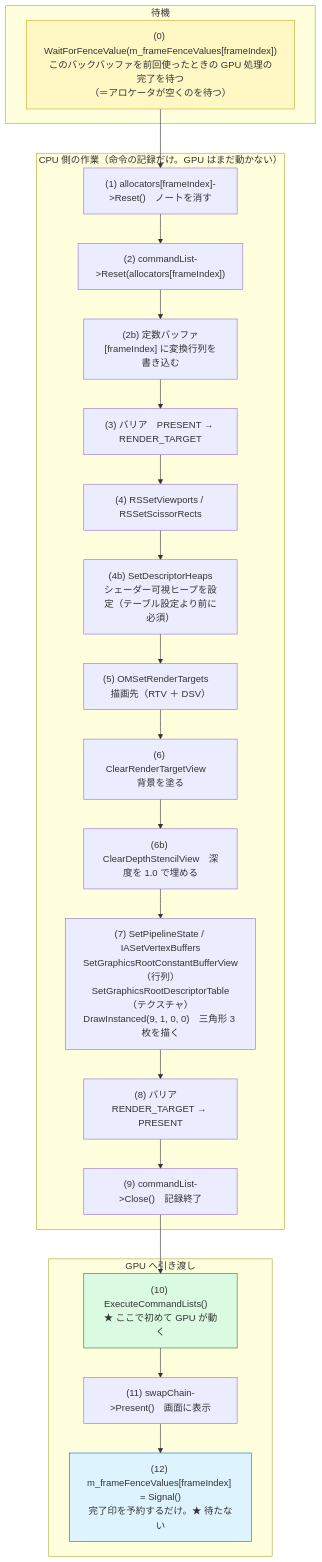
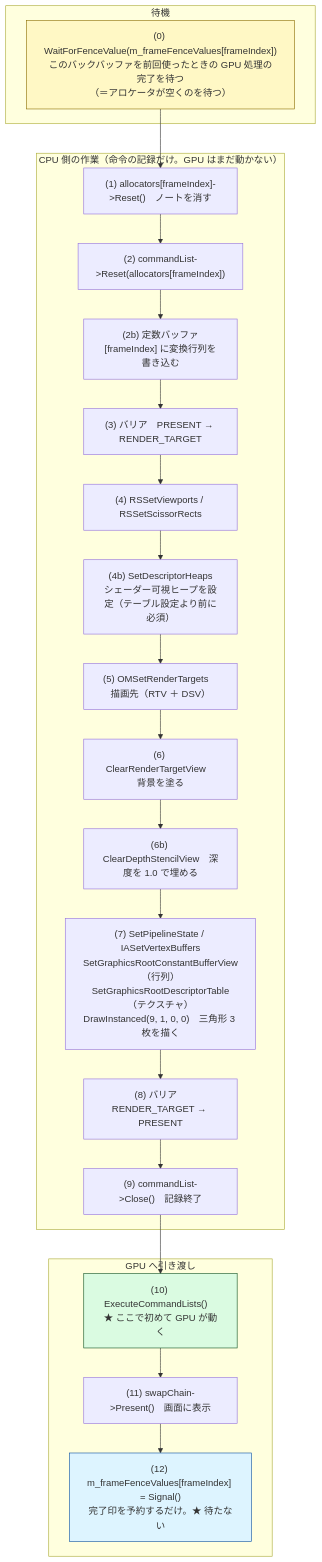
One commit to Tomonorarari-Think/DirectX12Dev changed the third of 4 diagrams in docs/design/描画フロー.md. Above: the diagram before and after it, drawn with Mermaid. The commit also changed other lines of this file and 24 other files, not shown here.

First line of the commit message:
fix: 図の配色を見直し、コントラスト比を 7:1 以上に引き上げる

````diff
--- a/docs/design/描画フロー.md
+++ b/docs/design/描画フロー.md
@@ -106,36 +106,36 @@
 ```mermaid
 flowchart TD
     subgraph WAIT["待機"]
         W0["(0) WaitForFenceValue(m_frameFenceValues[frameIndex])<br/>このバックバッファを前回使ったときの GPU 処理の完了を待つ<br/>（＝アロケータが空くのを待つ）"]
     end
 
     subgraph CPU["CPU 側の作業（命令の記録だけ。GPU はまだ動かない）"]
         C1["(1) allocators[frameIndex]->Reset()　ノートを消す"]
         C2["(2) commandList->Reset(allocators[frameIndex])"]
         C2b["(2b) 定数バッファ[frameIndex] に変換行列を書き込む"]
         C3["(3) バリア　PRESENT → RENDER_TARGET"]
         C4["(4) RSSetViewports / RSSetScissorRects"]
         C4b["(4b) SetDescriptorHeaps<br/>シェーダー可視ヒープを設定（テーブル設定より前に必須）"]
         C5["(5) OMSetRenderTargets　描画先（RTV ＋ DSV）"]
         C6["(6) ClearRenderTargetView　背景を塗る"]
         C6b["(6b) ClearDepthStencilView　深度を 1.0 で埋める"]
         C7["(7) SetPipelineState / IASetVertexBuffers<br/>SetGraphicsRootConstantBufferView（行列）<br/>SetGraphicsRootDescriptorTable（テクスチャ）<br/>DrawInstanced(9, 1, 0, 0)　三角形 3 枚を描く"]
         C8["(8) バリア　RENDER_TARGET → PRESENT"]
         C9["(9) commandList->Close()　記録終了"]
         C1 --> C2 --> C2b --> C3 --> C4 --> C4b --> C5 --> C6 --> C6b --> C7 --> C8 --> C9
     end
 
     subgraph GPU["GPU へ引き渡し"]
         G10["(10) ExecuteCommandLists()　★ ここで初めて GPU が動く"]
         G11["(11) swapChain->Present()　画面に表示"]
         G12["(12) m_frameFenceValues[frameIndex] = Signal()<br/>完了印を予約するだけ。★ 待たない"]
         G10 --> G11 --> G12
     end
 
     W0 --> C1
     C9 --> G10
 
-    style W0 fill:#fff8c5,stroke:#d4a72c
-    style G10 fill:#dafbe1,stroke:#1a7f37
-    style G12 fill:#ddf4ff,stroke:#0969da
+    style W0 fill:#fff8c5,stroke:#8a6d00
+    style G10 fill:#dafbe1,stroke:#0d4f21
+    style G12 fill:#ddf4ff,stroke:#0a4f9e
 ```
````
